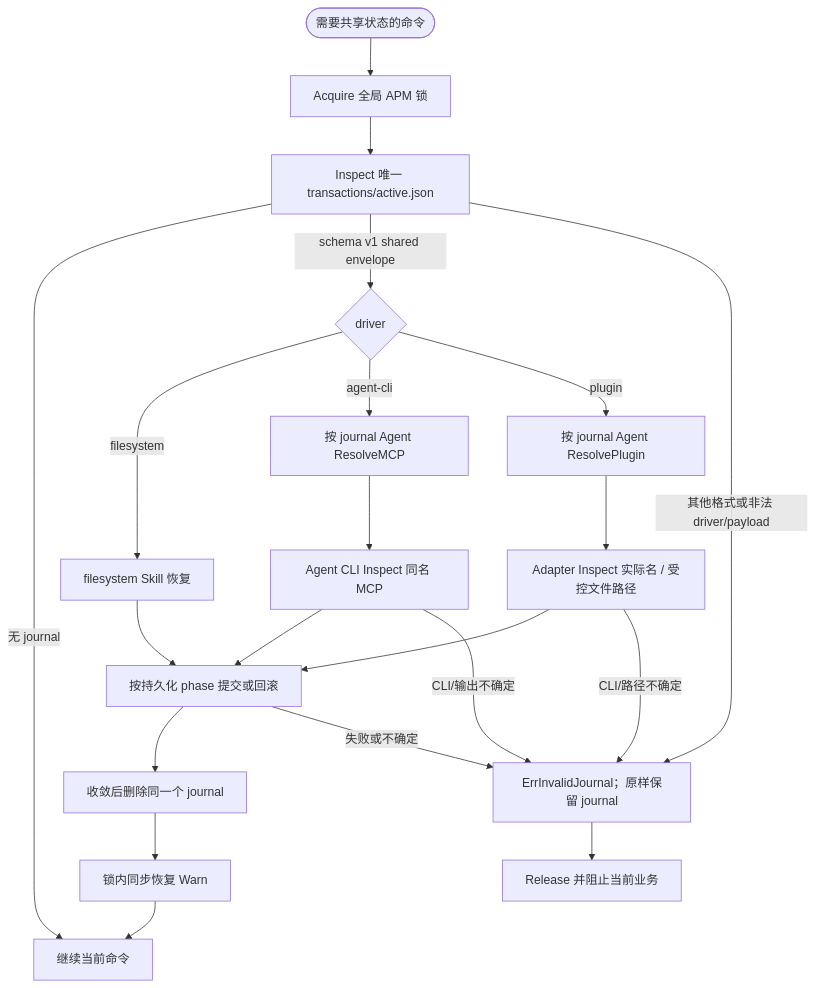
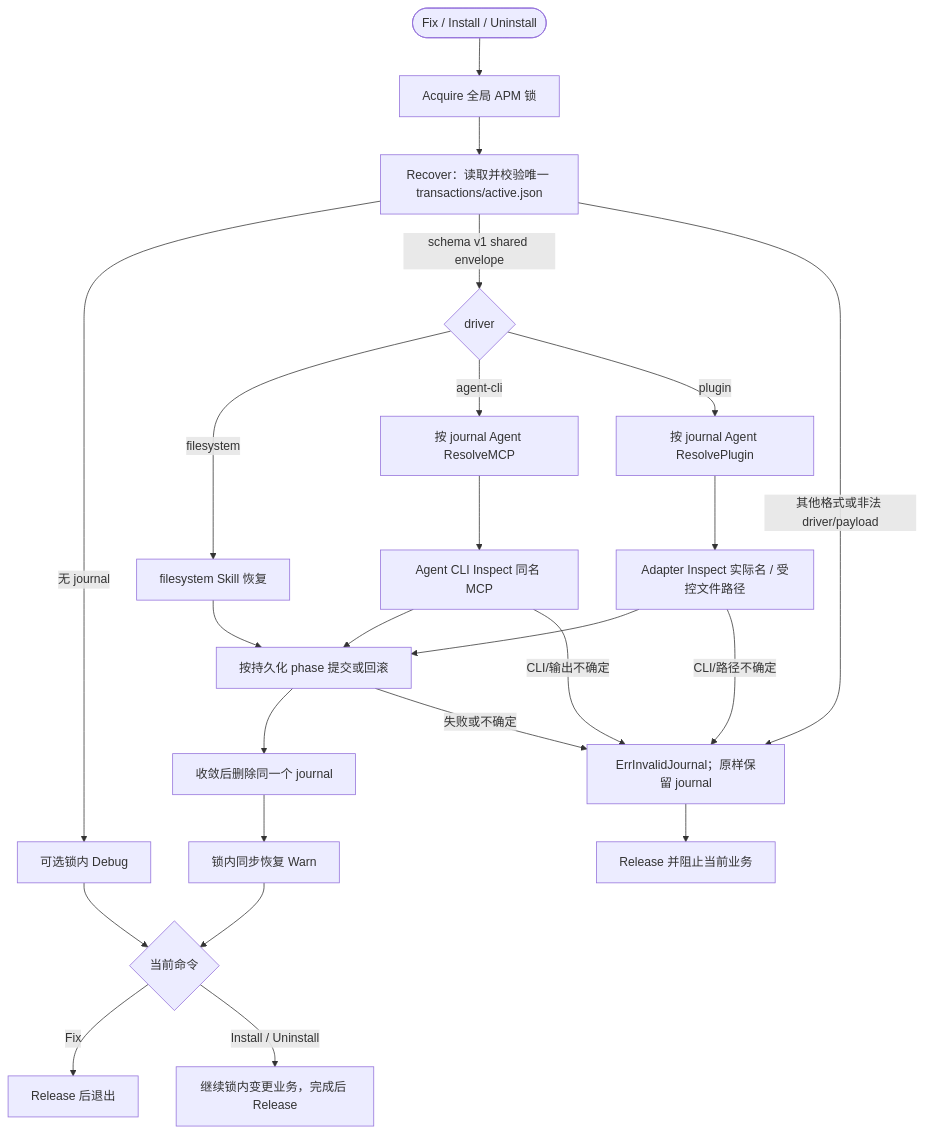
Before and after one commit to spacemit-com/agent-power-manager: the diagram in ivory-tower/c4/components/apm-cli-lifecycle-diagrams/common-journal-recovery.mmd, drawn with Mermaid. The commit also changed 22 other files, not shown here.

```diff
--- a/ivory-tower/c4/components/apm-cli-lifecycle-diagrams/common-journal-recovery.mmd
+++ b/ivory-tower/c4/components/apm-cli-lifecycle-diagrams/common-journal-recovery.mmd
@@ -1,21 +1,24 @@
 flowchart TD
-    Start([需要共享状态的命令]) --> Lock[Acquire 全局 APM 锁]
-    Lock --> Inspect[Inspect 唯一 transactions/active.json]
-    Inspect -->|无 journal| Resume[继续当前命令]
-    Inspect -->|schema v1 shared envelope| Driver{driver}
+    Start([Fix / Install / Uninstall]) --> Lock[Acquire 全局 APM 锁]
+    Lock --> Recover[Recover：读取并校验唯一 transactions/active.json]
+    Recover -->|无 journal| Debug[可选锁内 Debug]
+    Recover -->|schema v1 shared envelope| Driver{driver}
     Driver -->|filesystem| FS[filesystem Skill 恢复]
     Driver -->|agent-cli| CLI[按 journal Agent ResolveMCP]
     Driver -->|plugin| Plugin[按 journal Agent ResolvePlugin]
     FS --> Converge[按持久化 phase 提交或回滚]
     CLI --> InspectMCP[Agent CLI Inspect 同名 MCP]
     InspectMCP --> Converge
     Plugin --> InspectPlugin[Adapter Inspect 实际名 / 受控文件路径]
     InspectPlugin --> Converge
     Converge --> Delete[收敛后删除同一个 journal]
     Delete --> Warn[锁内同步恢复 Warn]
-    Warn --> Resume
-    Inspect -->|其他格式或非法 driver/payload| Fail[ErrInvalidJournal；原样保留 journal]
+    Debug --> Command{当前命令}
+    Warn --> Command
+    Command -->|Fix| FixRelease[Release 后退出]
+    Command -->|Install / Uninstall| Business[继续锁内变更业务，完成后 Release]
+    Recover -->|其他格式或非法 driver/payload| Fail[ErrInvalidJournal；原样保留 journal]
     InspectMCP -->|CLI/输出不确定| Fail
     InspectPlugin -->|CLI/路径不确定| Fail
     Converge -->|失败或不确定| Fail
-    Fail --> Release[Release 并阻止当前业务]
+    Fail --> ErrorRelease[Release 并阻止当前业务]
```
